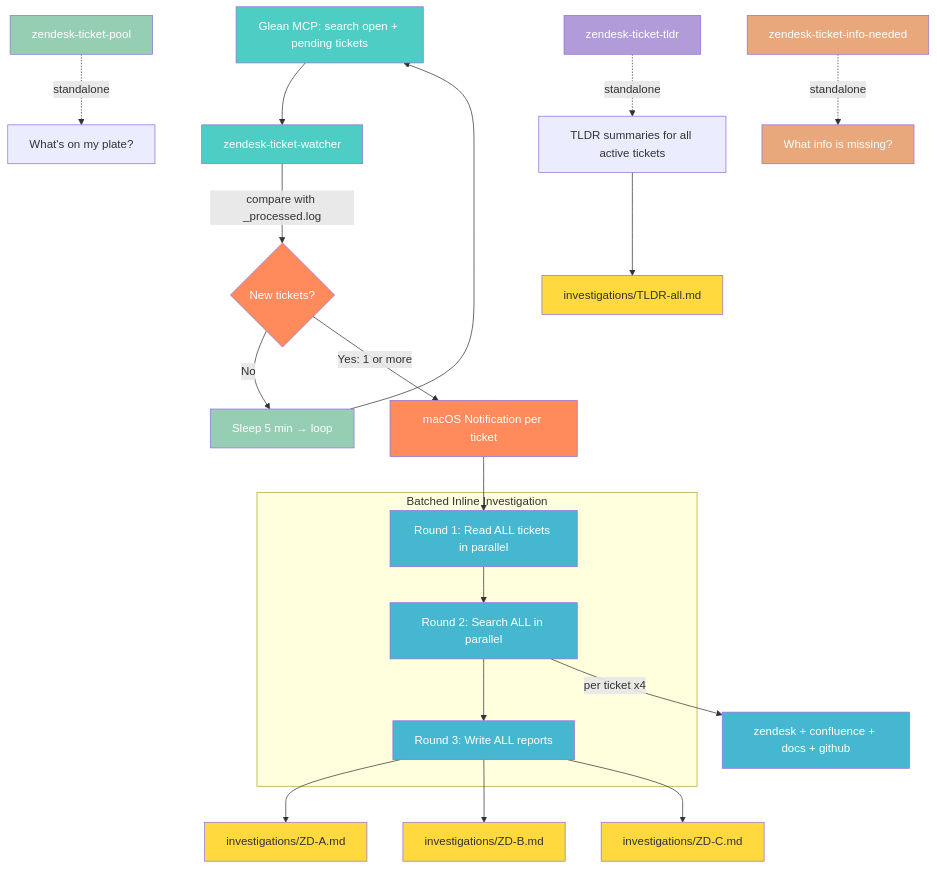
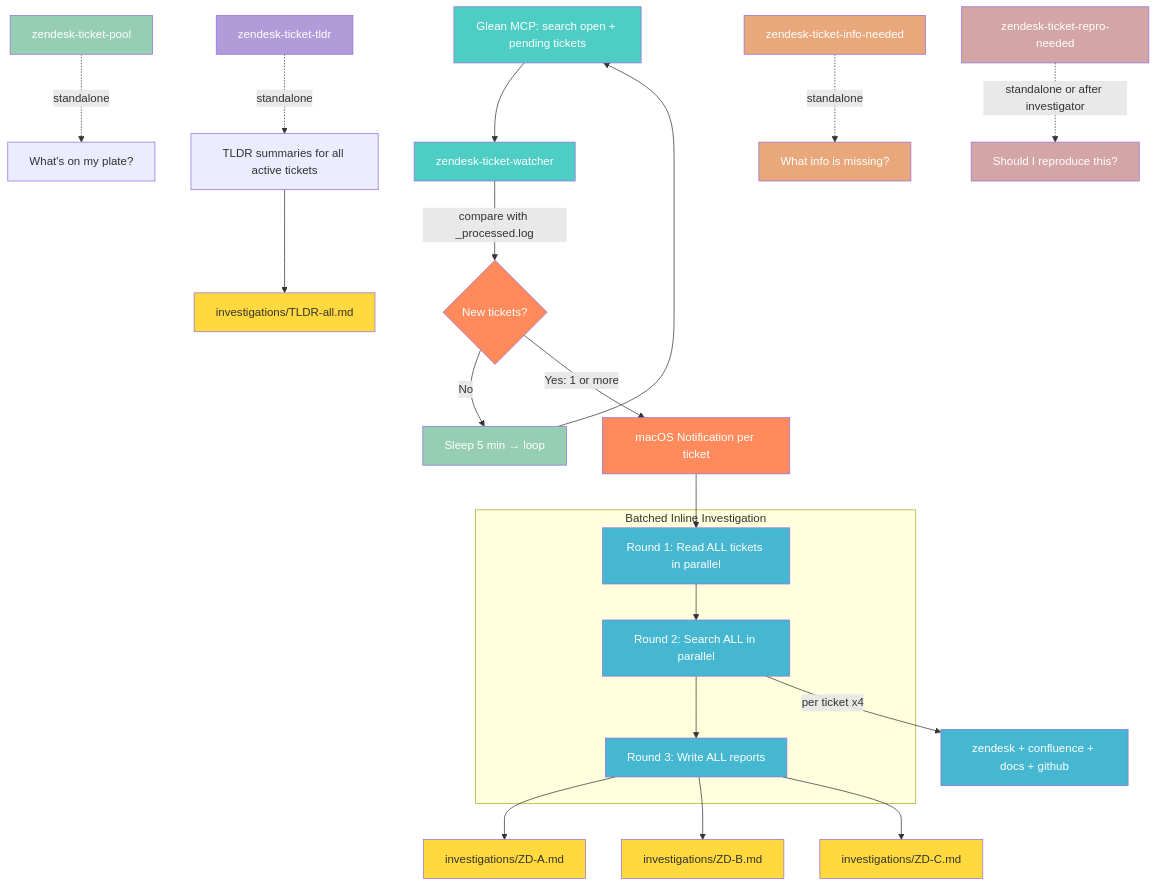
Before and after one commit to ddalexvea/datadog-cursor-diagnose-skills: the diagram in README.md, drawn with Mermaid. The commit also changed other lines of this file and 2 other files, not shown here.

Commit message:
Add zendesk-ticket-repro-needed skill
Evaluates whether a ticket needs hands-on reproduction or can be
resolved from existing knowledge (docs, past tickets, config analysis).
Outputs verdict + suggested environment type if reproduction is needed.

Made-with: Cursor

````diff
--- a/README.md
+++ b/README.md
@@ -58,43 +59,46 @@
 ```mermaid
 flowchart TD
     A[Glean MCP: search open + pending tickets] --> B[zendesk-ticket-watcher]
     B -->|compare with _processed.log| C{New tickets?}
     C -->|No| S[Sleep 5 min → loop]
     C -->|Yes: 1 or more| N[macOS Notification per ticket]
     N --> R1
 
     subgraph Batched Inline Investigation
         R1[Round 1: Read ALL tickets in parallel] --> R2[Round 2: Search ALL in parallel]
         R2 --> R3[Round 3: Write ALL reports]
     end
 
     R2 -->|per ticket x4| R2D[zendesk + confluence + docs + github]
     R3 --> F1[investigations/ZD-A.md]
     R3 --> F2[investigations/ZD-B.md]
     R3 --> F3[investigations/ZD-C.md]
 
     S --> A
 
     G[zendesk-ticket-pool] -.->|standalone| H[What's on my plate?]
     T[zendesk-ticket-tldr] -.->|standalone| T1[TLDR summaries for all active tickets]
     T1 --> T2[investigations/TLDR-all.md]
     I[zendesk-ticket-info-needed] -.->|standalone| I1[What info is missing?]
+    J[zendesk-ticket-repro-needed] -.->|standalone or after investigator| J1[Should I reproduce this?]
 
     style A fill:#4ecdc4,color:#fff
     style B fill:#4ecdc4,color:#fff
     style C fill:#ff8a5c,color:#fff
     style N fill:#ff8a5c,color:#fff
     style R1 fill:#45b7d1,color:#fff
     style R2 fill:#45b7d1,color:#fff
     style R3 fill:#45b7d1,color:#fff
     style R2D fill:#45b7d1,color:#fff
     style F1 fill:#ffd93d,color:#333
     style F2 fill:#ffd93d,color:#333
     style F3 fill:#ffd93d,color:#333
     style S fill:#96ceb4,color:#fff
     style G fill:#96ceb4,color:#fff
     style T fill:#b19cd9,color:#fff
     style T2 fill:#ffd93d,color:#333
     style I fill:#e8a87c,color:#fff
     style I1 fill:#e8a87c,color:#fff
+    style J fill:#d4a5a5,color:#fff
+    style J1 fill:#d4a5a5,color:#fff
 ```
````
